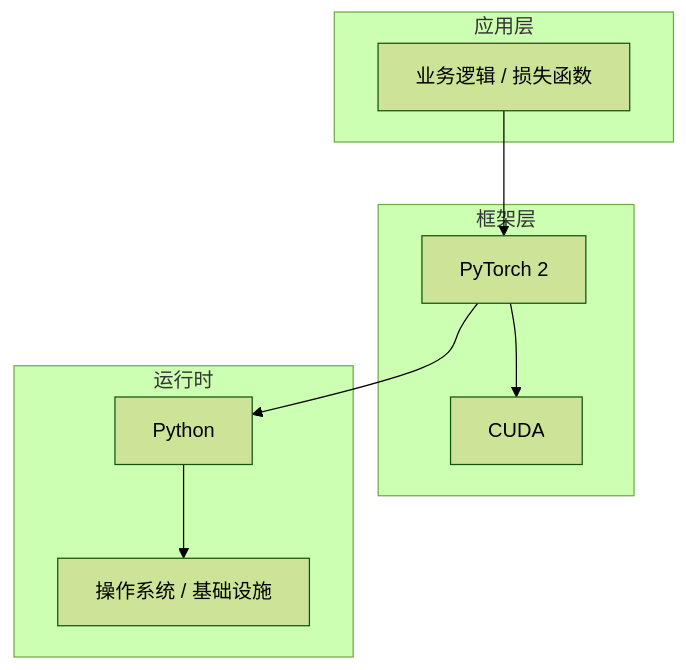
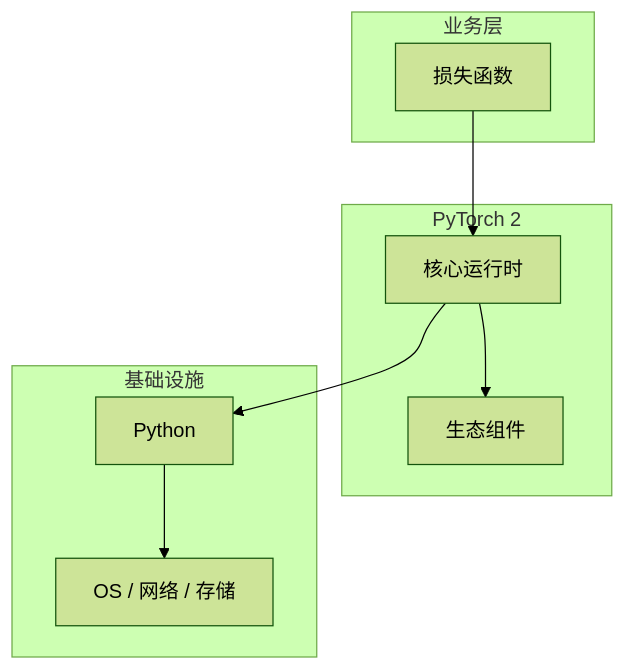
One commit to yanggan2015/knowledge-json-v2 changed the diagram in articles/深度学习/chapters/025-损失函数核心概念与原理.md. Above: the diagram before and after it, drawn with Mermaid (forest theme). The commit also changed other lines of this file and 10127 other files, not shown here.

````diff
--- a/articles/深度学习/chapters/025-损失函数核心概念与原理.md
+++ b/articles/深度学习/chapters/025-损失函数核心概念与原理.md
@@ -45,18 +30,18 @@
 ```mermaid
 graph TB
-    subgraph 应用层
-        A[业务逻辑 / 损失函数]
+    subgraph 业务层
+        A[损失函数]
     end
-    subgraph 框架层
-        B[PyTorch 2]
-        C[CUDA]
+    subgraph PyTorch 2
+        B[核心运行时]
+        C[生态组件]
     end
-    subgraph 运行时
+    subgraph 基础设施
         D[Python]
-        E[操作系统 / 基础设施]
+        E[OS / 网络 / 存储]
     end
     A --> B
     B --> C
     B --> D
     D --> E
 ```
````
